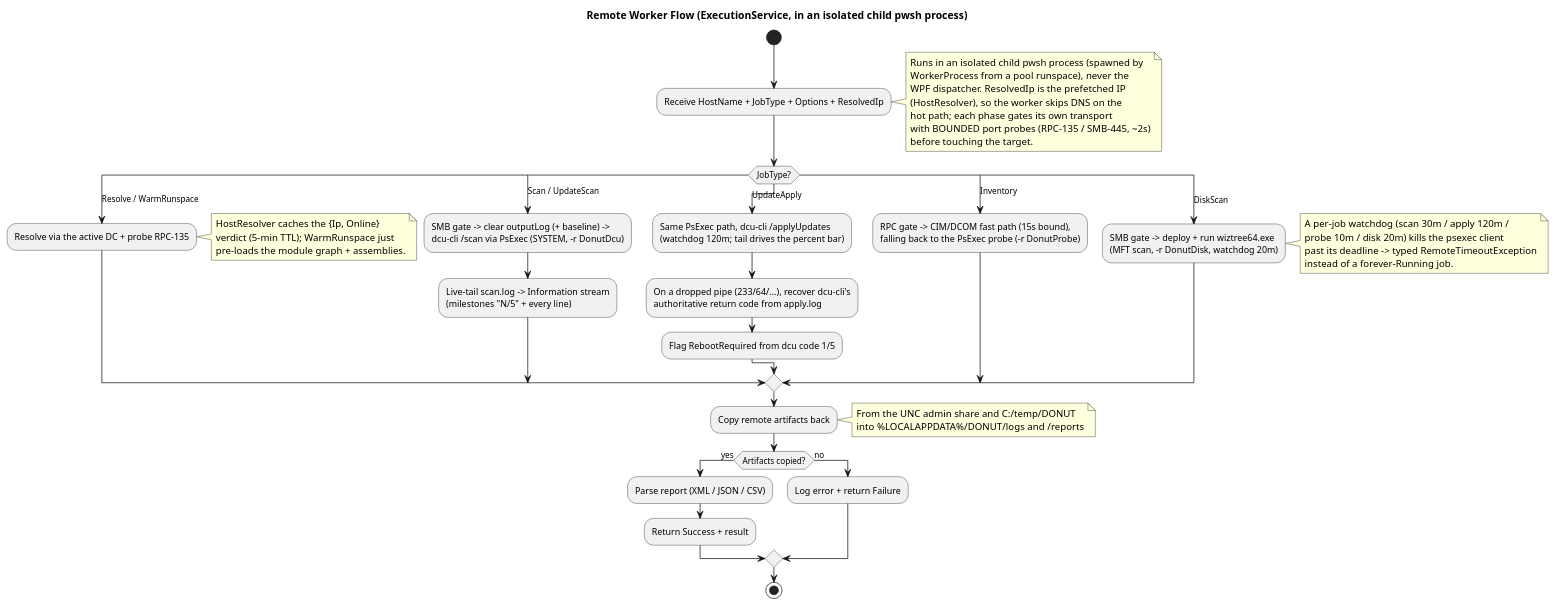
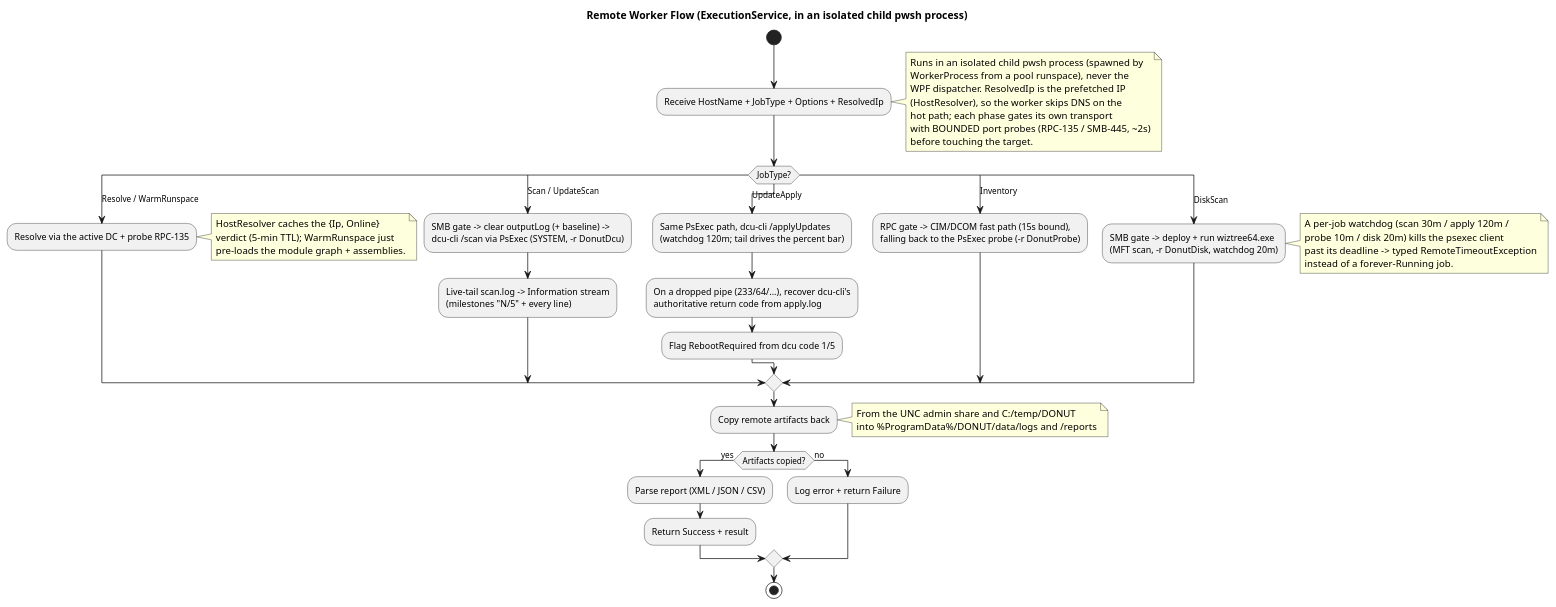
One commit to Danial-Changez/DONUT changed the diagram in docs/diagrams/activity_diagram.puml. Above: the diagram before and after it, drawn with PlantUML. The commit also changed 20 other files, not shown here.

```diff
--- a/docs/diagrams/activity_diagram.puml
+++ b/docs/diagrams/activity_diagram.puml
@@ -1,54 +1,54 @@
 @startuml activity_diagram
 title Remote Worker Flow (ExecutionService, in an isolated child pwsh process)
 
 start
 :Receive HostName + JobType + Options + ResolvedIp;
 note right
   Runs in an isolated child pwsh process (spawned by
   WorkerProcess from a pool runspace), never the
   WPF dispatcher. ResolvedIp is the prefetched IP
   (HostResolver), so the worker skips DNS on the
   hot path; each phase gates its own transport
   with BOUNDED port probes (RPC-135 / SMB-445, ~2s)
   before touching the target.
 end note
 
 switch (JobType?)
 case (Resolve / WarmRunspace)
     :Resolve via the active DC + probe RPC-135;
     note right: HostResolver caches the {Ip, Online}\nverdict (5-min TTL); WarmRunspace just\npre-loads the module graph + assemblies.
 case (Scan / UpdateScan)
     :SMB gate -> clear outputLog (+ baseline) ->\ndcu-cli /scan via PsExec (SYSTEM, -r DonutDcu);
     :Live-tail scan.log -> Information stream\n(milestones "N/5" + every line);
 case (UpdateApply)
     :Same PsExec path, dcu-cli /applyUpdates\n(watchdog 120m; tail drives the percent bar);
     :On a dropped pipe (233/64/...), recover dcu-cli's
     authoritative return code from apply.log;
     :Flag RebootRequired from dcu code 1/5;
 case (Inventory)
     :RPC gate -> CIM/DCOM fast path (15s bound),\nfalling back to the PsExec probe (-r DonutProbe);
 case (DiskScan)
     :SMB gate -> deploy + run wiztree64.exe\n(MFT scan, -r DonutDisk, watchdog 20m);
 endswitch
 note right
   A per-job watchdog (scan 30m / apply 120m /
   probe 10m / disk 20m) kills the psexec client
   past its deadline -> typed RemoteTimeoutException
   instead of a forever-Running job.
 end note
 
 :Copy remote artifacts back;
 note right
   From the UNC admin share and C:/temp/DONUT
-  into %LOCALAPPDATA%/DONUT/logs and /reports
+  into %ProgramData%/DONUT/data/logs and /reports
 end note
 
 if (Artifacts copied?) then (yes)
     :Parse report (XML / JSON / CSV);
     :Return Success + result;
 else (no)
     :Log error + return Failure;
 endif
 
 stop
 @enduml
```
